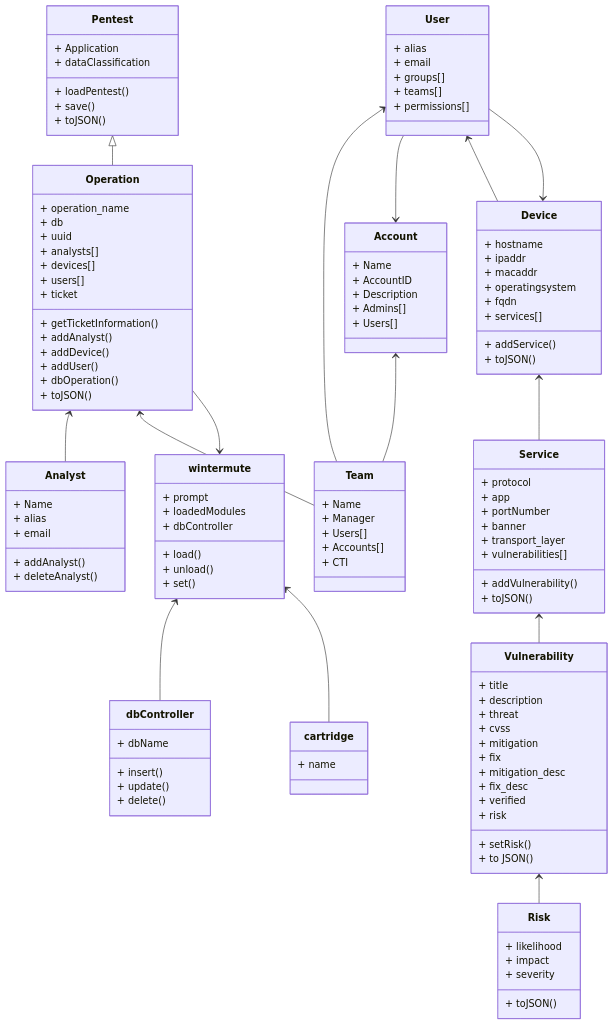
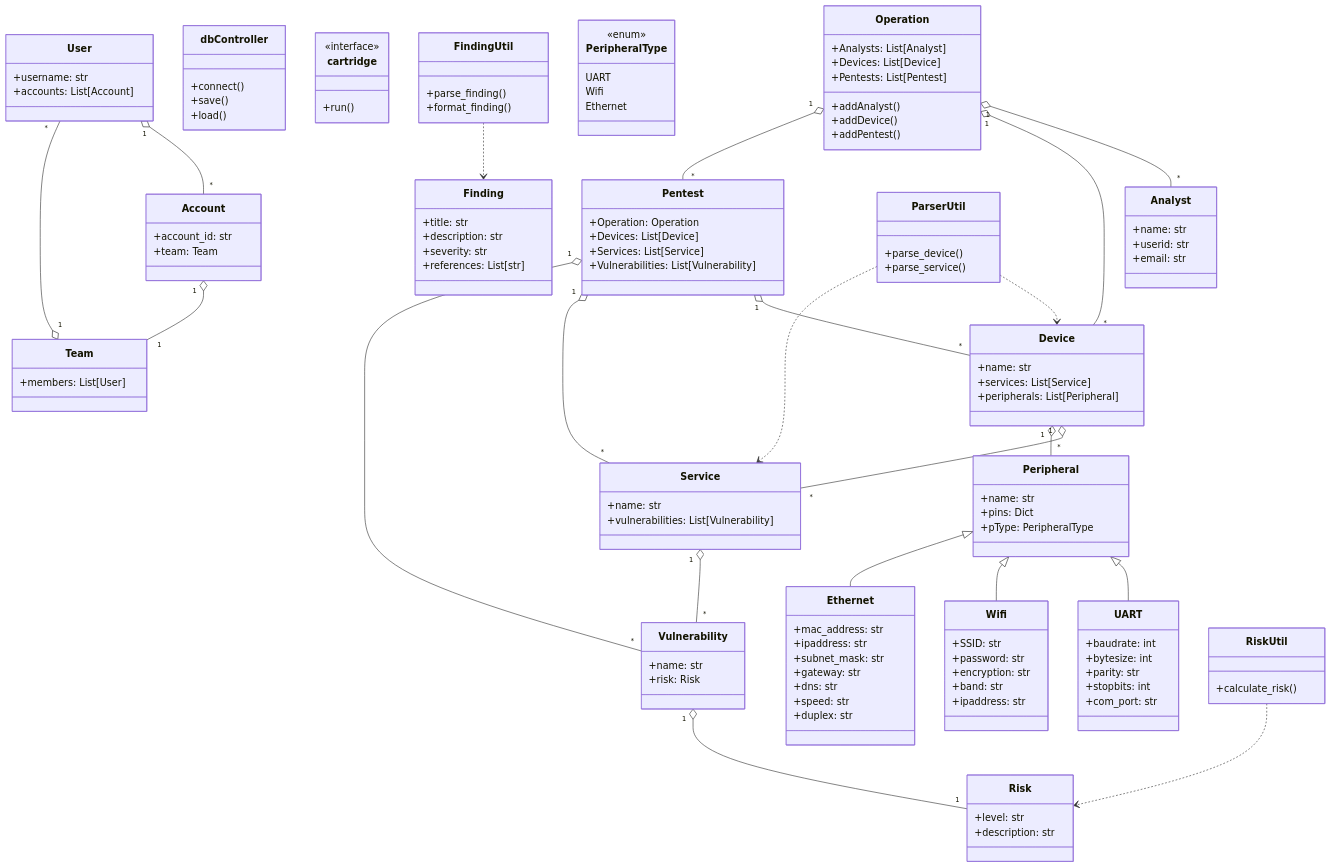
One commit to nahualito/wintermute changed the diagram in README.md. Above: the diagram before and after it, drawn with Mermaid. The commit also changed other lines of this file and 1 other file, not shown here.

Commit message:
Updated mermaid graph and description

````diff
--- a/README.md
+++ b/README.md
@@ -28,124 +28,144 @@
 ```mermaid
 classDiagram
-Vulnerability <-- Risk
-Service <-- Vulnerability
-Pentest <|-- Operation
-Operation <-- Analyst
-Operation <-- Team
-User <-- Team
-Account <-- Team
-User --> Account
-User <-- Device
-Device <-- Service
-wintermute <-- dbController
-wintermute <-- cartridge
-Operation --> wintermute
-Device <-- User
-class wintermute {
-+ prompt
-+ loadedModules
-+ dbController
-+ load()
-+ unload()
-+ set()
-}
-class Operation {
-+ operation_name
-+ db
-+ uuid
-+ analysts[]
-+ devices[]
-+ users[]
-+ ticket
-+ getTicketInformation()
-+ addAnalyst()
-+ addDevice()
-+ addUser()
-+ dbOperation()
-+ toJSON()
-}
-class Pentest {
-+ Application
-+ dataClassification
-+ loadPentest()
-+ save()
-+ toJSON()
-}
-class Analyst {
-+ addAnalyst()
-+ deleteAnalyst()
-+ Name
-+ alias
-+ email
-}
-class Device {
-+ hostname
-+ ipaddr
-+ macaddr
-+ operatingsystem
-+ fqdn
-+ services[]
-+ addService()
-+ toJSON()
-}
-class Service {
-+ protocol
-+ app
-+ portNumber
-+ banner
-+ transport_layer
-+ vulnerabilities[]
-+ addVulnerability()
-+ toJSON()
-}
-class Vulnerability {
-+ title
-+ description
-+ threat
-+ cvss
-+ mitigation
-+ fix
-+ mitigation_desc
-+ fix_desc
-+ verified
-+ risk
-+ setRisk()
-+ to JSON()
-}
-class Risk {
-+ likelihood
-+ impact
-+ severity
-+ toJSON()
-}
-class dbController {
-+ insert()
-+ update()
-+ delete()
-+ dbName
-}
-class cartridge {
-+ name
-}
-class User {
-+ alias
-+ email
-+ groups[]
-+ teams[]
-+ permissions[]
-}
-class Account {
-+ Name
-+ AccountID
-+ Description
-+ Admins[]
-+ Users[]
-}
-class Team {
-+ Name
-+ Manager
-+ Users[]
-+ Accounts[]
-+ CTI
-}
+    %% Core Classes
+    class Operation {
+        +Analysts: List[Analyst]
+        +Devices: List[Device]
+        +Pentests: List[Pentest]
+        +addAnalyst()
+        +addDevice()
+        +addPentest()
+    }
+    class Pentest {
+        +Operation: Operation
+        +Devices: List[Device]
+        +Services: List[Service]
+        +Vulnerabilities: List[Vulnerability]
+    }
+    class Analyst {
+        +name: str
+        +userid: str
+        +email: str
+    }
+    class Device {
+        +name: str
+        +services: List[Service]
+        +peripherals: List[Peripheral]
+    }
+    class Service {
+        +name: str
+        +vulnerabilities: List[Vulnerability]
+    }
+    class Vulnerability {
+        +name: str
+        +risk: Risk
+    }
+    class Risk {
+        +level: str
+        +description: str
+    }
+    class dbController {
+        +connect()
+        +save()
+        +load()
+    }
+    class cartridge {
+        <<interface>>
+        +run()
+    }
+    class User {
+        +username: str
+        +accounts: List[Account]
+    }
+    class Account {
+        +account_id: str
+        +team: Team
+    }
+    class Team {
+        +members: List[User]
+    }
+
+    %% basemodels.py
+    class Peripheral {
+        +name: str
+        +pins: Dict
+        +pType: PeripheralType
+    }
+    class PeripheralType {
+        <<enum>>
+        UART
+        Wifi
+        Ethernet
+    }
+
+    %% peripherals.py
+    class UART {
+        +baudrate: int
+        +bytesize: int
+        +parity: str
+        +stopbits: int
+        +com_port: str
+    }
+    class Wifi {
+        +SSID: str
+        +password: str
+        +encryption: str
+        +band: str
+        +ipaddress: str
+    }
+    class Ethernet {
+        +mac_address: str
+        +ipaddress: str
+        +subnet_mask: str
+        +gateway: str
+        +dns: str
+        +speed: str
+        +duplex: str
+    }
+
+    %% findings.py
+    class Finding {
+        +title: str
+        +description: str
+        +severity: str
+        +references: List[str]
+    }
+
+    %% utils/
+    class ParserUtil {
+        +parse_device()
+        +parse_service()
+    }
+    class FindingUtil {
+        +parse_finding()
+        +format_finding()
+    }
+    class RiskUtil {
+        +calculate_risk()
+    }
+
+    %% Relationships
+    Operation "1" o-- "*" Analyst
+    Operation "1" o-- "*" Device
+    Operation "1" o-- "*" Pentest
+    Pentest "1" o-- "*" Device
+    Pentest "1" o-- "*" Service
+    Pentest "1" o-- "*" Vulnerability
+    Device "1" o-- "*" Service
+    Device "1" o-- "*" Peripheral
+    Service "1" o-- "*" Vulnerability
+    Vulnerability "1" o-- "1" Risk
+    User "1" o-- "*" Account
+    Account "1" o-- "1" Team
+    Team "1" o-- "*" User
+
+    Peripheral <|-- UART
+    Peripheral <|-- Wifi
+    Peripheral <|-- Ethernet
+
+    %% utils relationships (example usage)
+    ParserUtil ..> Device
+    ParserUtil ..> Service
+    FindingUtil ..> Finding
+    RiskUtil ..> Risk
 ```
````
